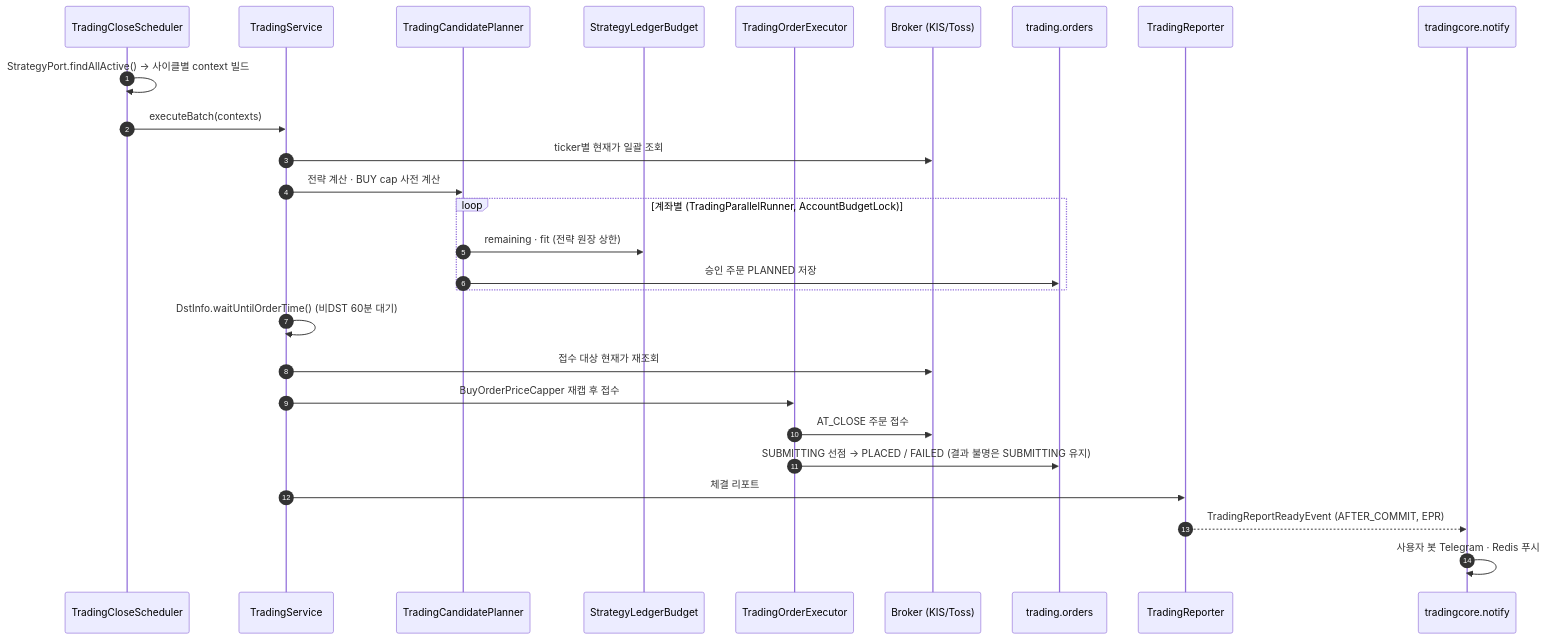
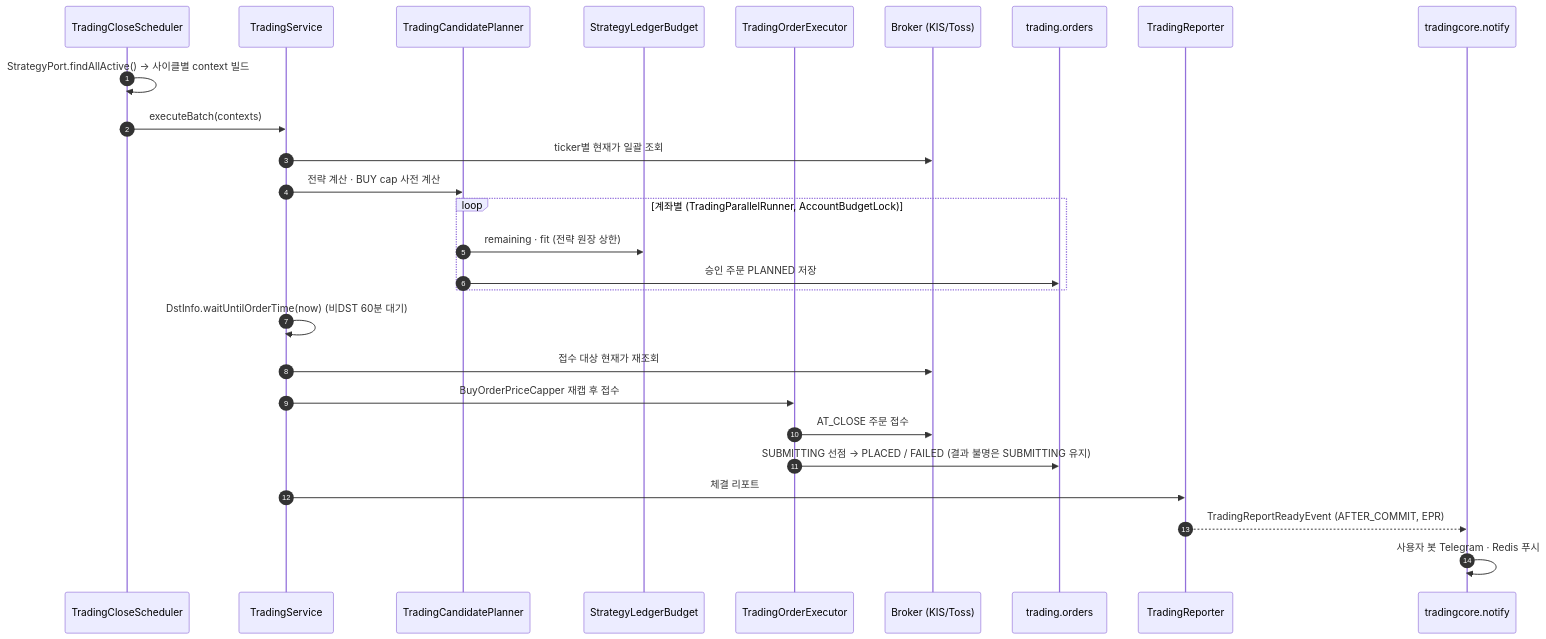
One commit to narafu/kista-api changed the sixth of 6 diagrams in docs/architecture-map.md. Above: the diagram before and after it, drawn with Mermaid. The commit also changed 166 other files, not shown here.

````diff
--- a/docs/architecture-map.md
+++ b/docs/architecture-map.md
@@ -254,30 +254,30 @@
 ```mermaid
 sequenceDiagram
     autonumber
     participant S as TradingCloseScheduler
     participant Svc as TradingService
     participant Plan as TradingCandidatePlanner
     participant Led as StrategyLedgerBudget
     participant Exec as TradingOrderExecutor
     participant B as Broker (KIS/Toss)
     participant DB as trading.orders
     participant R as TradingReporter
     participant N as tradingcore.notify
 
     S->>S: StrategyPort.findAllActive() → 사이클별 context 빌드
     S->>Svc: executeBatch(contexts)
     Svc->>B: ticker별 현재가 일괄 조회
     Svc->>Plan: 전략 계산 · BUY cap 사전 계산
     loop 계좌별 (TradingParallelRunner, AccountBudgetLock)
         Plan->>Led: remaining · fit (전략 원장 상한)
         Plan->>DB: 승인 주문 PLANNED 저장
     end
-    Svc->>Svc: DstInfo.waitUntilOrderTime() (비DST 60분 대기)
+    Svc->>Svc: DstInfo.waitUntilOrderTime(now) (비DST 60분 대기)
     Svc->>B: 접수 대상 현재가 재조회
     Svc->>Exec: BuyOrderPriceCapper 재캡 후 접수
     Exec->>B: AT_CLOSE 주문 접수
     Exec->>DB: SUBMITTING 선점 → PLACED / FAILED (결과 불명은 SUBMITTING 유지)
     Svc->>R: 체결 리포트
     R-->>N: TradingReportReadyEvent (AFTER_COMMIT, EPR)
     N->>N: 사용자 봇 Telegram · Redis 푸시
 ```
````
